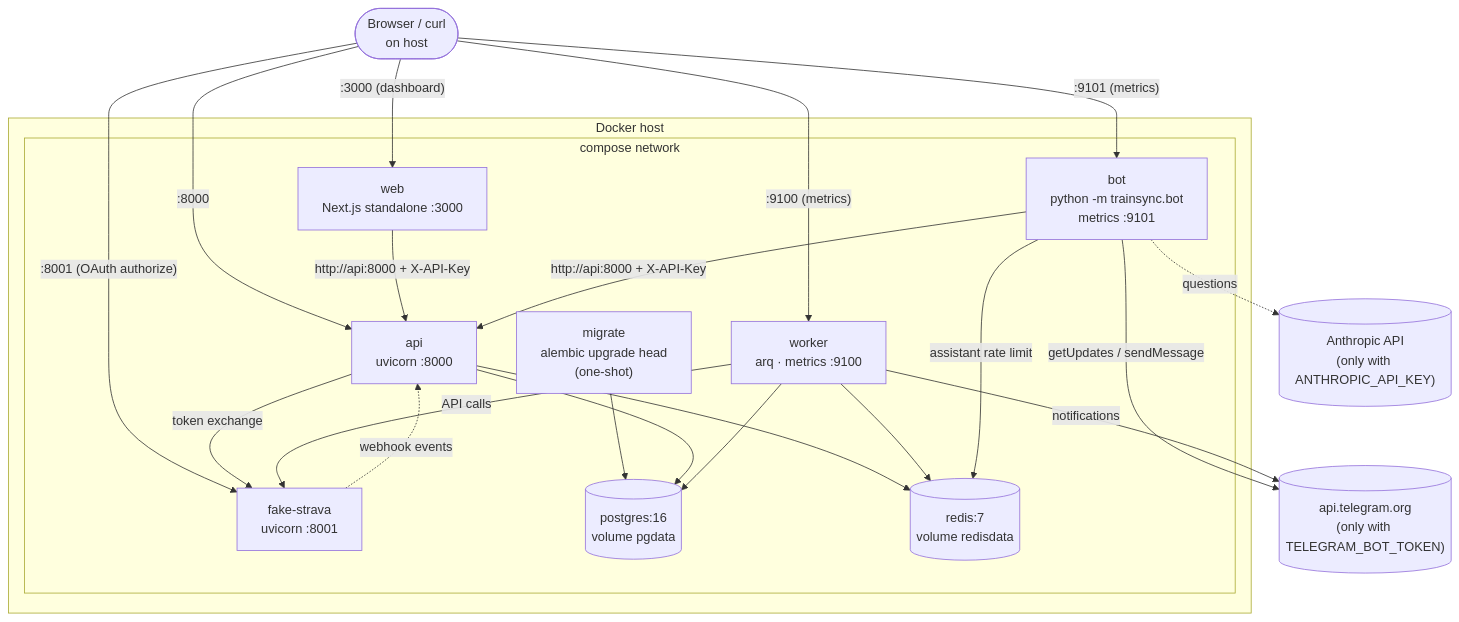
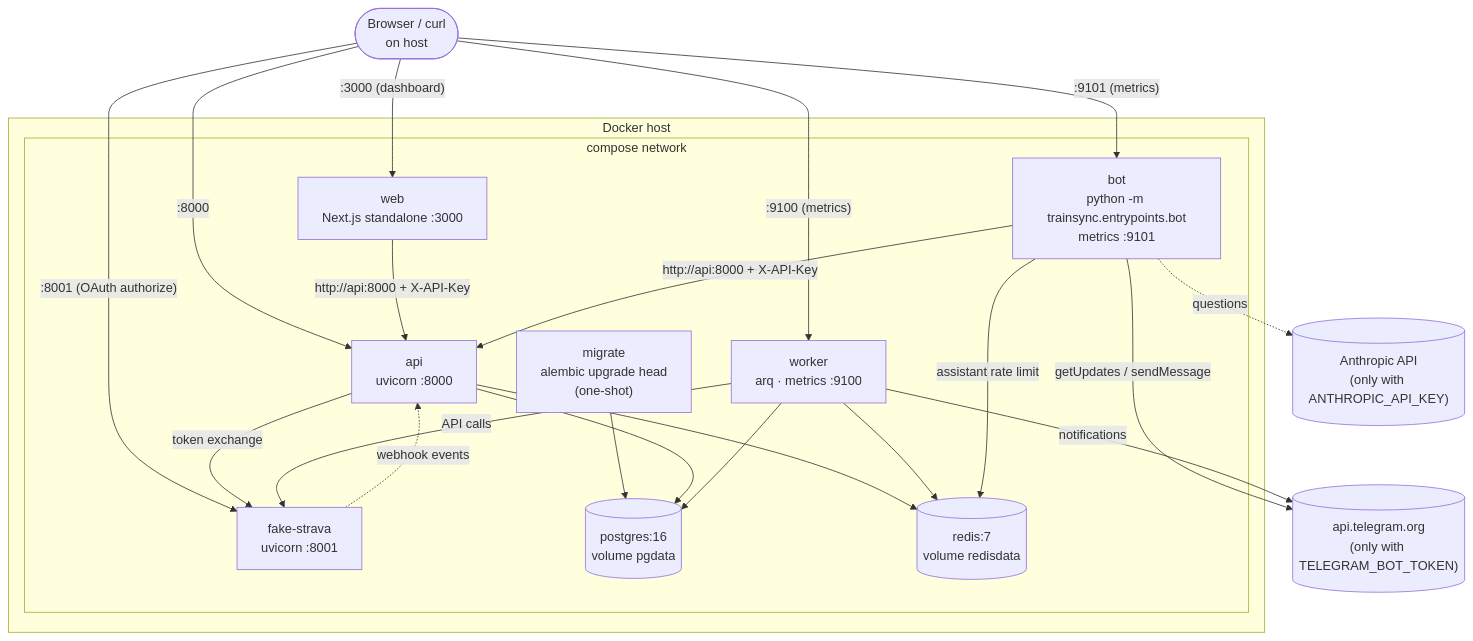
Before and after one commit to umutaydins/trainsync: the second of 30 diagrams in docs/diagrams.md, drawn with Mermaid. The commit also changed other lines of this file and 369 other files, not shown here.

````diff
--- a/docs/diagrams.md
+++ b/docs/diagrams.md
@@ -141,39 +141,39 @@
 ```mermaid
 flowchart TB
     browser(["Browser / curl<br/>on host"])
     telegram[("api.telegram.org<br/>(only with TELEGRAM_BOT_TOKEN)")]
     anthropic[("Anthropic API<br/>(only with ANTHROPIC_API_KEY)")]
 
     subgraph host["Docker host"]
         subgraph net["compose network"]
             web["web<br/>Next.js standalone :3000"]
             api["api<br/>uvicorn :8000"]
             worker["worker<br/>arq · metrics :9100"]
-            bot["bot<br/>python -m trainsync.bot<br/>metrics :9101"]
+            bot["bot<br/>python -m trainsync.entrypoints.bot<br/>metrics :9101"]
             migrate["migrate<br/>alembic upgrade head<br/>(one-shot)"]
             fake["fake-strava<br/>uvicorn :8001"]
             pg[("postgres:16<br/>volume pgdata")]
             rd[("redis:7<br/>volume redisdata")]
         end
     end
 
     browser -- ":3000 (dashboard)" --> web
     browser -- ":8000" --> api
     browser -- ":9100 (metrics)" --> worker
     browser -- ":9101 (metrics)" --> bot
     browser -- ":8001 (OAuth authorize)" --> fake
     web -- "http://api:8000 + X-API-Key" --> api
     bot -- "http://api:8000 + X-API-Key" --> api
     migrate --> pg
     api --> pg
     api --> rd
     worker --> pg
     worker --> rd
     bot -- "assistant rate limit" --> rd
     api -- "token exchange" --> fake
     worker -- "API calls" --> fake
     fake -. "webhook events" .-> api
     bot -- "getUpdates / sendMessage" --> telegram
     worker -- "notifications" --> telegram
     bot -. "questions" .-> anthropic
 ```
````
